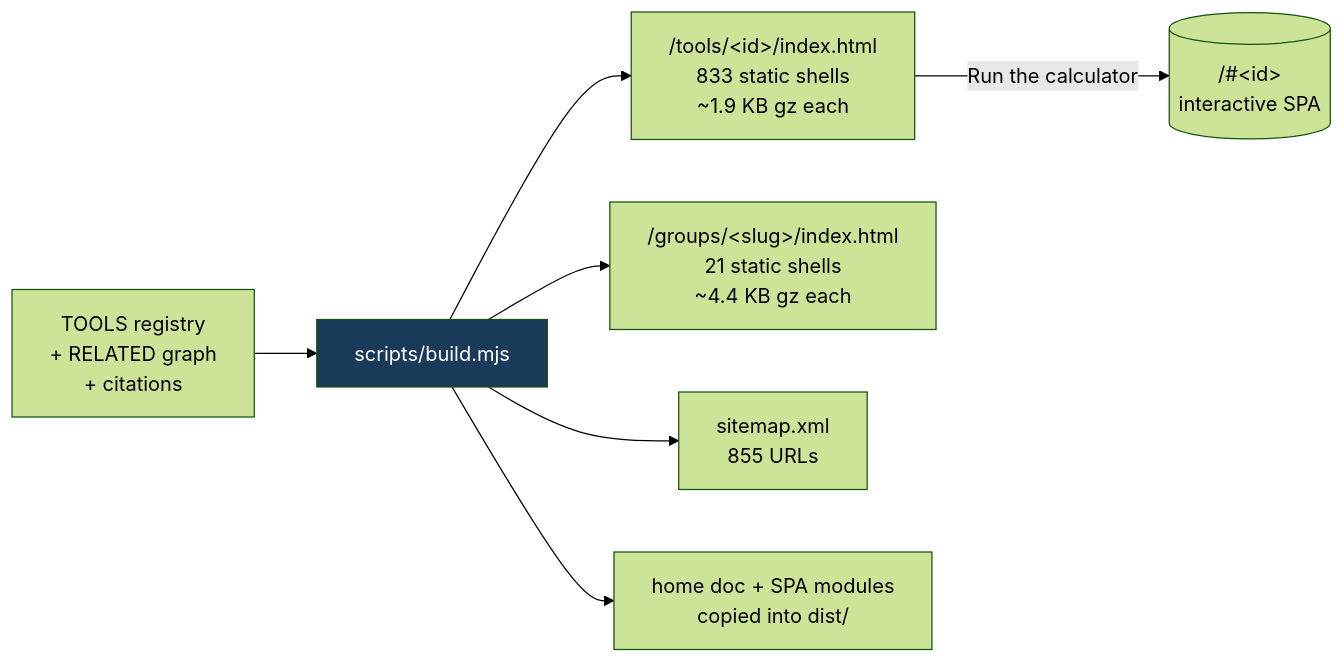
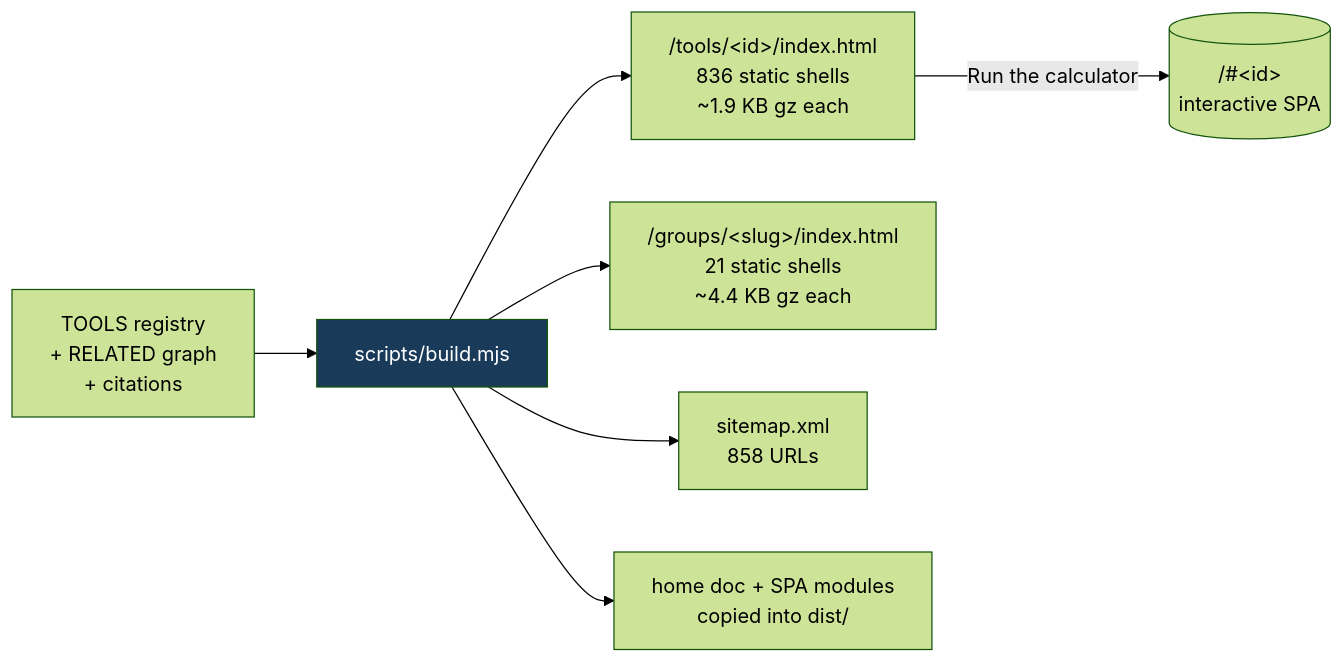
One commit to clay-good/roughlogic.com changed the fifth of 8 diagrams in README.md. Above: the diagram before and after it, drawn with Mermaid (forest theme). The commit also changed other lines of this file and 19 other files, not shown here.

````diff
--- a/README.md
+++ b/README.md
@@ -495,10 +495,10 @@
 ```mermaid
 flowchart LR
     SRC[TOOLS registry\n+ RELATED graph\n+ citations] --> BUILD[scripts/build.mjs]
-    BUILD --> TILE["/tools/&lt;id&gt;/index.html\n833 static shells\n~1.9 KB gz each"]
+    BUILD --> TILE["/tools/&lt;id&gt;/index.html\n836 static shells\n~1.9 KB gz each"]
     BUILD --> GROUP["/groups/&lt;slug&gt;/index.html\n21 static shells\n~4.4 KB gz each"]
-    BUILD --> MAP["sitemap.xml\n855 URLs"]
+    BUILD --> MAP["sitemap.xml\n858 URLs"]
     BUILD --> COPY[home doc + SPA modules\ncopied into dist/]
     TILE -->|Run the calculator| SPA[("/#&lt;id&gt;\ninteractive SPA")]
     style BUILD fill:#1a3a5a,color:#fff
 ```
````
